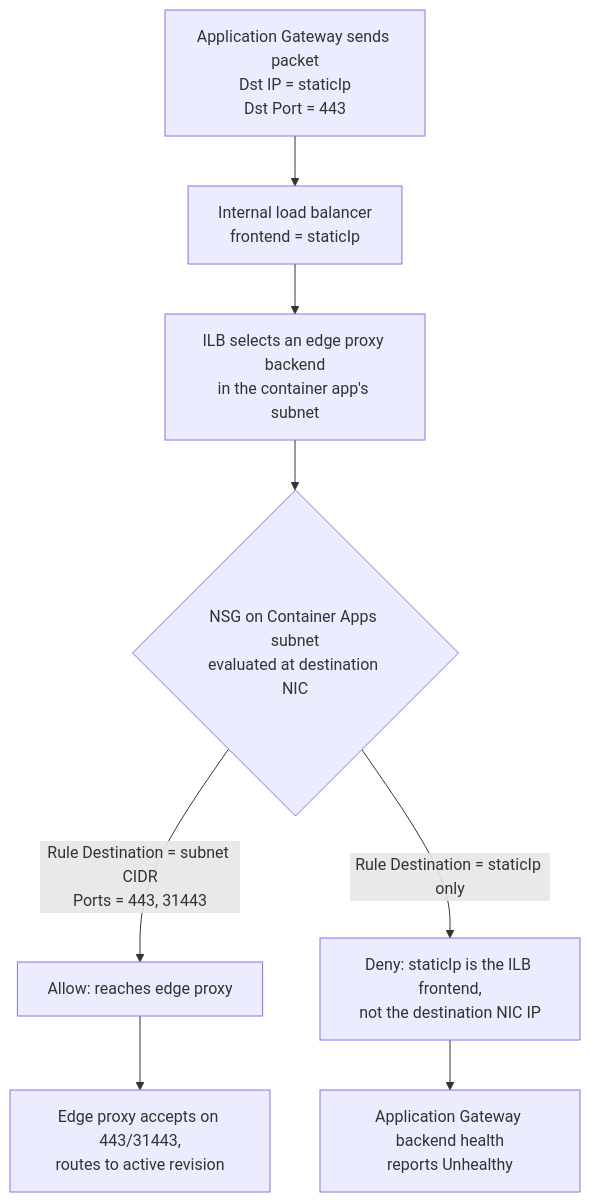
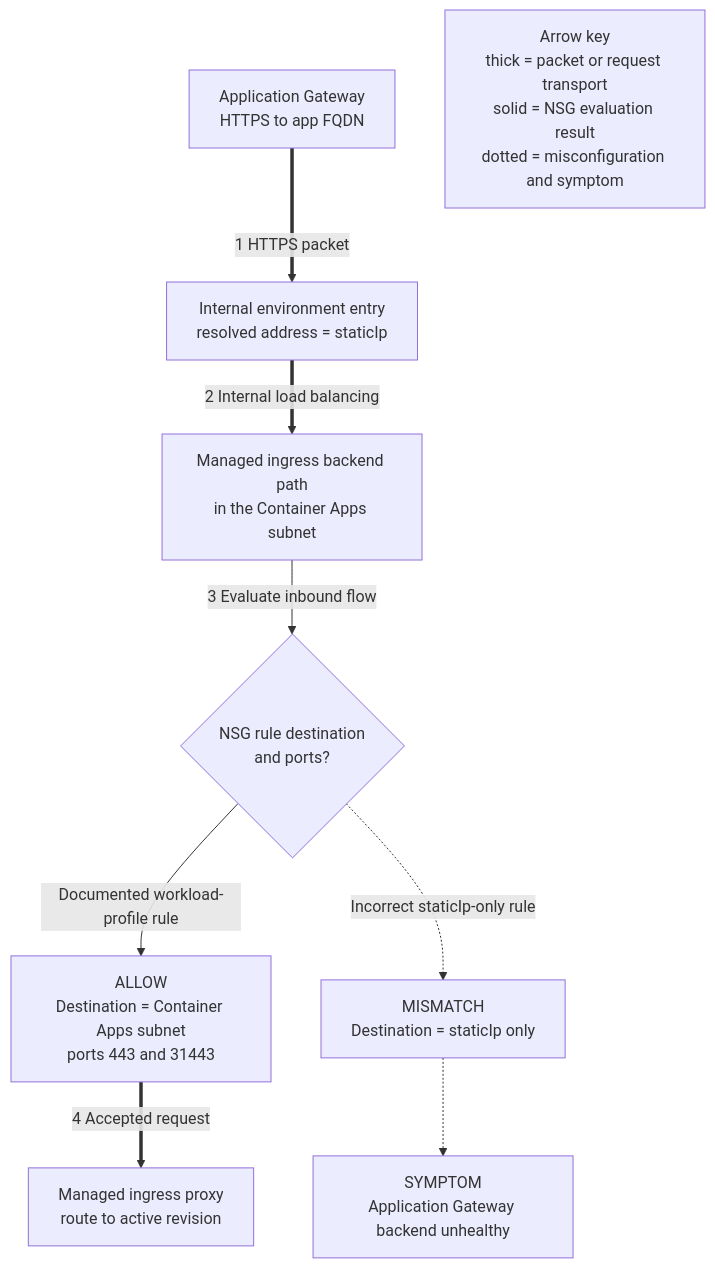
The second of 2 diagrams in docs/platform/networking/application-gateway-integration.md (yeongseon/azure-container-apps-practical-guide), drawn with Mermaid before and after one commit. The commit also changed other lines of this file and 3 other files, not shown here.

First line of the commit message:
docs(diagrams): migrate the Container Apps networking index and Application Gateway diagrams (#593)

````diff
--- a/docs/platform/networking/application-gateway-integration.md
+++ b/docs/platform/networking/application-gateway-integration.md
@@ -110,10 +145,24 @@
 ```mermaid
 flowchart TD
-    A[Application Gateway sends packet<br/>Dst IP = staticIp<br/>Dst Port = 443] --> B[Internal load balancer<br/>frontend = staticIp]
-    B --> C[ILB selects an edge proxy backend<br/>in the container app's subnet]
-    C --> D{NSG on Container Apps subnet<br/>evaluated at destination NIC}
-    D -->|Rule Destination = subnet CIDR<br/>Ports = 443, 31443| E[Allow: reaches edge proxy]
-    D -->|Rule Destination = staticIp only| F[Deny: staticIp is the ILB frontend,<br/>not the destination NIC IP]
-    E --> G[Edge proxy accepts on 443/31443,<br/>routes to active revision]
-    F --> H[Application Gateway backend health<br/>reports Unhealthy]
+    accTitle: Workload-profile NSG destination behind the internal environment entry
+    accDescr: Application Gateway sends HTTPS to the internal environment static IP. After internal load balancing, the Container Apps subnet NSG rule is evaluated against the documented subnet destination and ingress ports. A subnet-scoped rule allows the request to managed ingress; a rule scoped only to staticIp can leave the backend unhealthy.
+
+    AGW["Application Gateway<br/>HTTPS to app FQDN"]
+    ENTRY["Internal environment entry<br/>resolved address = staticIp"]
+    BACKEND["Managed ingress backend path<br/>in the Container Apps subnet"]
+    RULE{"NSG rule destination<br/>and ports?"}
+    ALLOW["ALLOW<br/>Destination = Container Apps subnet<br/>ports 443 and 31443"]
+    WRONG["MISMATCH<br/>Destination = staticIp only"]
+    INGRESS["Managed ingress proxy<br/>route to active revision"]
+    UNHEALTHY["SYMPTOM<br/>Application Gateway backend unhealthy"]
+
+    AGW ==>|"1  HTTPS packet"| ENTRY
+    ENTRY ==>|"2  Internal load balancing"| BACKEND
+    BACKEND -->|"3  Evaluate inbound flow"| RULE
+    RULE -->|"Documented workload-profile rule"| ALLOW
+    RULE -.->|"Incorrect staticIp-only rule"| WRONG
+    ALLOW ==>|"4  Accepted request"| INGRESS
+    WRONG -.-> UNHEALTHY
+
+    LEGEND["Arrow key<br/>thick = packet or request transport<br/>solid = NSG evaluation result<br/>dotted = misconfiguration and symptom"]
 ```
````
